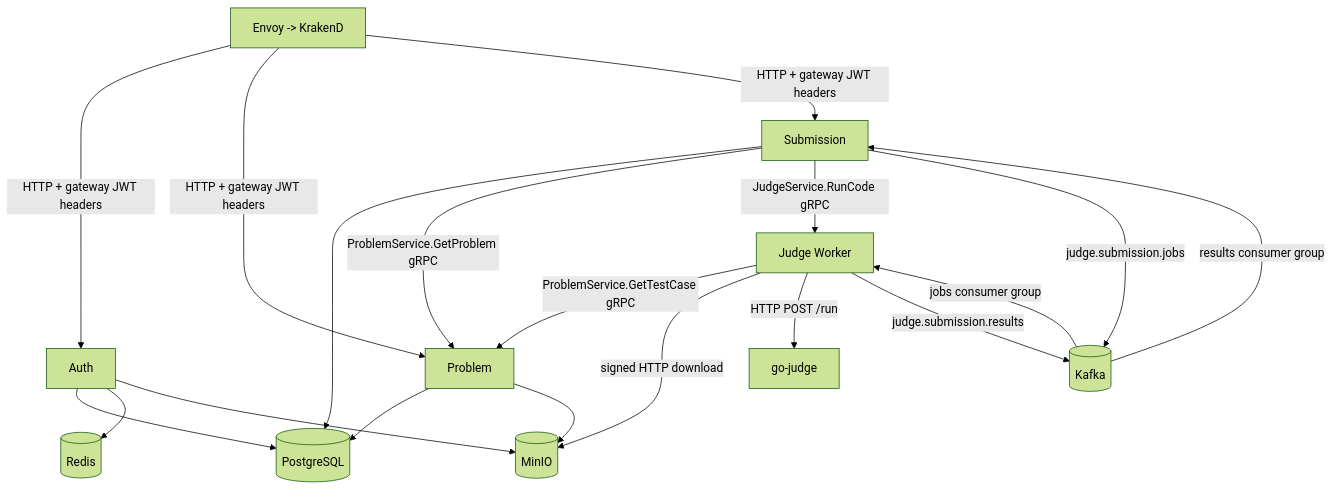
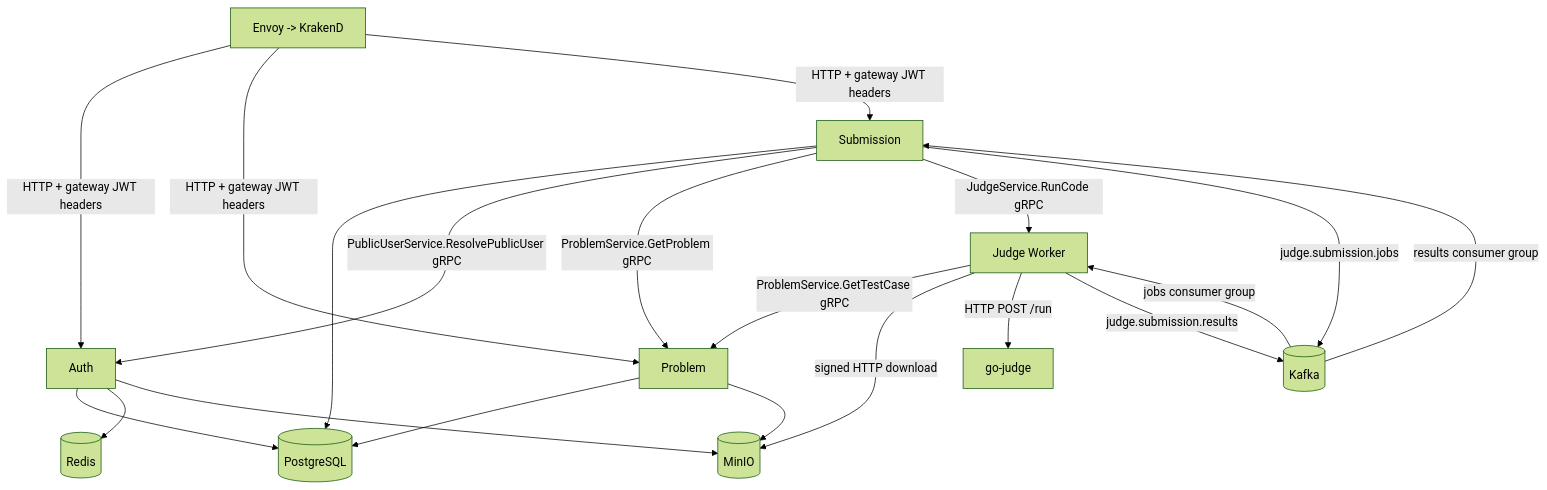
The diagram in docs/codebase/ARCHITECTURE.md (nvawntien/go-judge-system), drawn with Mermaid (forest theme) before and after one commit. The commit also changed other lines of this file and 58 other files, not shown here.

````diff
--- a/docs/codebase/ARCHITECTURE.md
+++ b/docs/codebase/ARCHITECTURE.md
@@ -16,26 +16,27 @@
 ```mermaid
 flowchart TB
   gateway[Envoy -> KrakenD]
   auth[Auth]
   problem[Problem]
   submission[Submission]
   worker[Judge Worker]
   pg[(PostgreSQL)]
   redis[(Redis)]
   minio[(MinIO)]
   kafka[(Kafka)]
   executor[go-judge]
   gateway -->|HTTP + gateway JWT headers| auth & problem & submission
   auth --> pg & redis & minio
   problem --> pg & minio
   submission --> pg
+  submission -->|PublicUserService.ResolvePublicUser gRPC| auth
   submission -->|ProblemService.GetProblem gRPC| problem
   submission -->|JudgeService.RunCode gRPC| worker
   submission -->|judge.submission.jobs| kafka
   kafka -->|jobs consumer group| worker
   worker -->|ProblemService.GetTestCase gRPC| problem
   worker -->|signed HTTP download| minio
   worker -->|HTTP POST /run| executor
   worker -->|judge.submission.results| kafka
   kafka -->|results consumer group| submission
 ```
````
